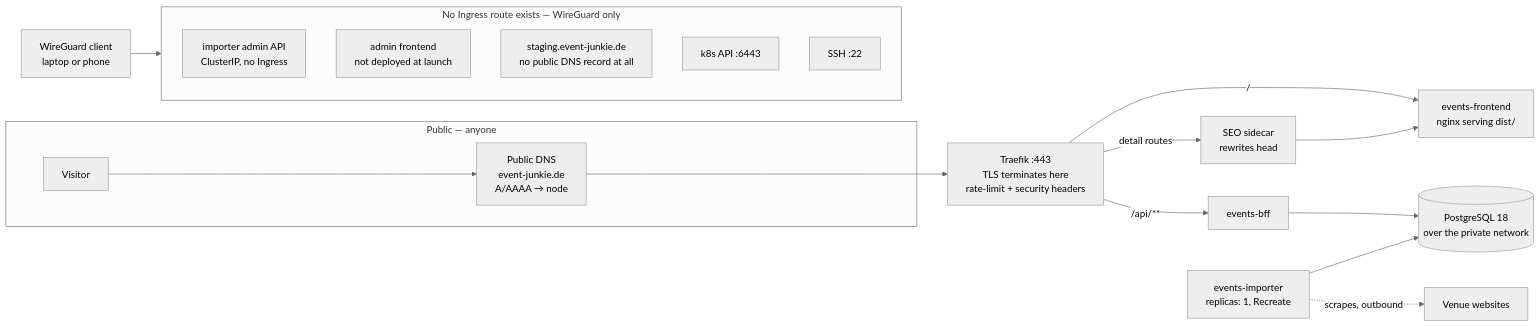
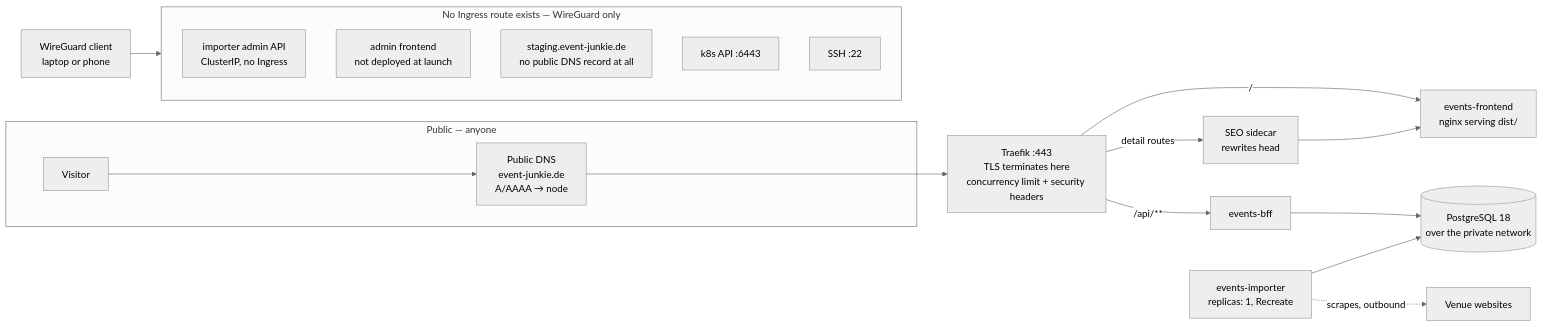
The second of 3 diagrams in docs/ops/PLATFORM_SETUP.md (enorm-labs/event-junkie), drawn with Mermaid (neutral theme) before and after one commit. The commit also changed other lines of this file and 15 other files, not shown here.

````diff
--- a/docs/ops/PLATFORM_SETUP.md
+++ b/docs/ops/PLATFORM_SETUP.md
@@ -102,31 +102,31 @@
 ```mermaid
 flowchart LR
     subgraph public["Public — anyone"]
         v["Visitor"]
         dns["Public DNS<br/>event-junkie.de<br/>A/AAAA → node"]
         v --> dns
     end
 
-    tr["Traefik :443<br/>TLS terminates here<br/>rate-limit + security headers"]
+    tr["Traefik :443<br/>TLS terminates here<br/>concurrency limit + security headers"]
     dns --> tr
 
     tr -->|"/"| web["events-frontend<br/>nginx serving dist/"]
     tr -->|"/api/**"| bff["events-bff"]
     tr -->|"detail routes"| seo["SEO sidecar<br/>rewrites head"]
     seo --> web
     bff --> db[("PostgreSQL 18<br/>over the private network")]
 
     imp["events-importer<br/>replicas: 1, Recreate"]
     imp --> db
     imp -.->|"scrapes, outbound"| venues["Venue websites"]
 
     subgraph tunnel["No Ingress route exists — WireGuard only"]
         adminapi["importer admin API<br/>ClusterIP, no Ingress"]
         adminui["admin frontend<br/>not deployed at launch"]
         stg["staging.event-junkie.de<br/>no public DNS record at all"]
         api6443["k8s API :6443"]
         ssh["SSH :22"]
     end
 
     wgc["WireGuard client<br/>laptop or phone"] --> tunnel
 ```
````
